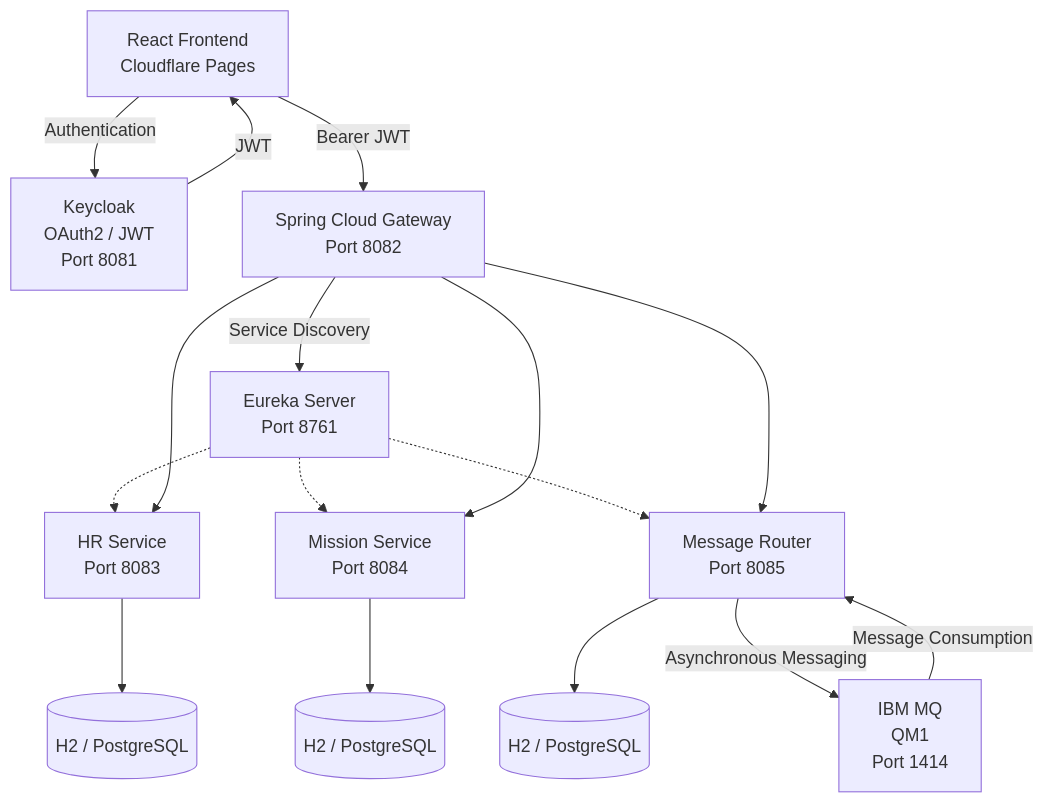
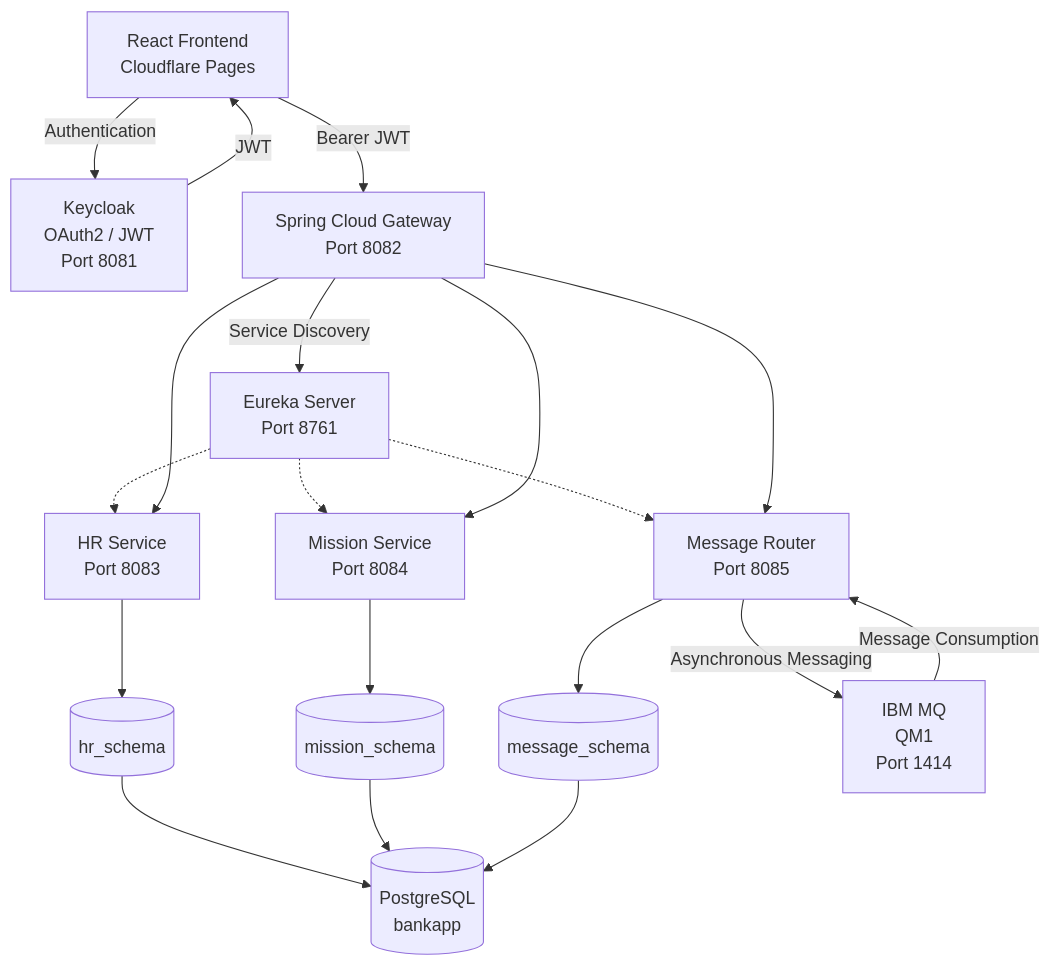
One commit to youssefJmaiel/bankapp-microservice changed the diagram in README.md. Above: the diagram before and after it, drawn with Mermaid. The commit also changed other lines of this file, not shown here.

````diff
--- a/README.md
+++ b/README.md
@@ -159,45 +217,51 @@
 ```mermaid
 flowchart TB
 
     CLIENT["React Frontend<br/>Cloudflare Pages"]
 
     KC["Keycloak<br/>OAuth2 / JWT<br/>Port 8081"]
 
     GW["Spring Cloud Gateway<br/>Port 8082"]
 
     EUREKA["Eureka Server<br/>Port 8761"]
 
     HR["HR Service<br/>Port 8083"]
 
     MISSION["Mission Service<br/>Port 8084"]
 
     MSG["Message Router<br/>Port 8085"]
 
-    HRDB[("H2 / PostgreSQL")]
-    MISSIONDB[("H2 / PostgreSQL")]
-    MSGDB[("H2 / PostgreSQL")]
+    DB[("PostgreSQL<br/>bankapp")]
+
+    HRDB[("hr_schema")]
+    MISSIONDB[("mission_schema")]
+    MSGDB[("message_schema")]
 
     MQ["IBM MQ<br/>QM1<br/>Port 1414"]
 
     CLIENT -->|"Authentication"| KC
     KC -->|"JWT"| CLIENT
 
     CLIENT -->|"Bearer JWT"| GW
 
     GW -->|"Service Discovery"| EUREKA
 
     EUREKA -.-> HR
     EUREKA -.-> MISSION
     EUREKA -.-> MSG
 
     GW --> HR
     GW --> MISSION
     GW --> MSG
 
     HR --> HRDB
     MISSION --> MISSIONDB
     MSG --> MSGDB
 
+    HRDB --> DB
+    MISSIONDB --> DB
+    MSGDB --> DB
+
     MSG -->|"Asynchronous Messaging"| MQ
     MQ -->|"Message Consumption"| MSG
 ```
````
